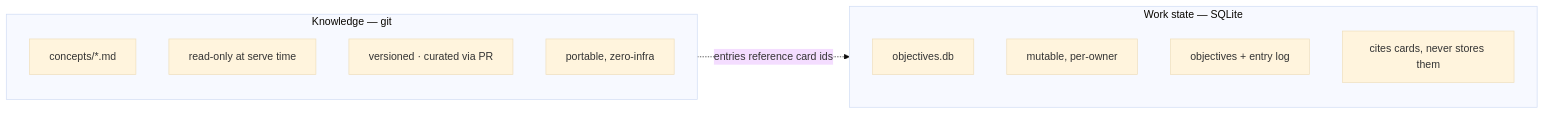
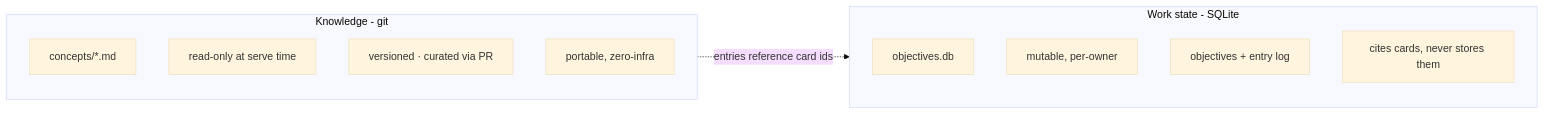
One commit to voyagerforge-dev/hive-intelligence changed the seventh of 9 diagrams in knowledge/okf/docs/OKF-Pipeline.md. Above: the diagram before and after it, drawn with Mermaid (base theme). The commit also changed other lines of this file, not shown here.

````diff
--- a/knowledge/okf/docs/OKF-Pipeline.md
+++ b/knowledge/okf/docs/OKF-Pipeline.md
@@ -544,18 +541,18 @@
 ```mermaid
 flowchart LR
-    subgraph K["Knowledge — git"]
+    subgraph K["Knowledge - git"]
         direction TB
         k1["concepts/*.md"]
         k2["read-only at serve time"]
         k3["versioned · curated via PR"]
         k4["portable, zero-infra"]
     end
-    subgraph W["Work state — SQLite"]
+    subgraph W["Work state - SQLite"]
         direction TB
         w1["objectives.db"]
         w2["mutable, per-owner"]
         w3["objectives + entry log"]
         w4["cites cards, never stores them"]
     end
     K -. "entries reference card ids" .-> W
 ```
````
